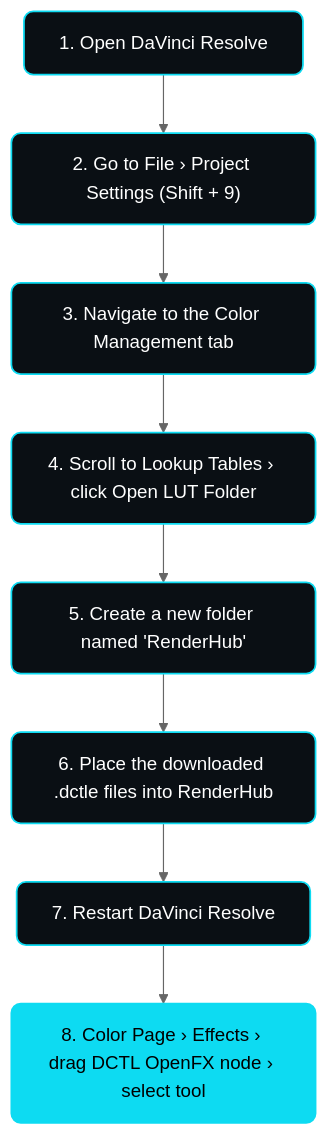
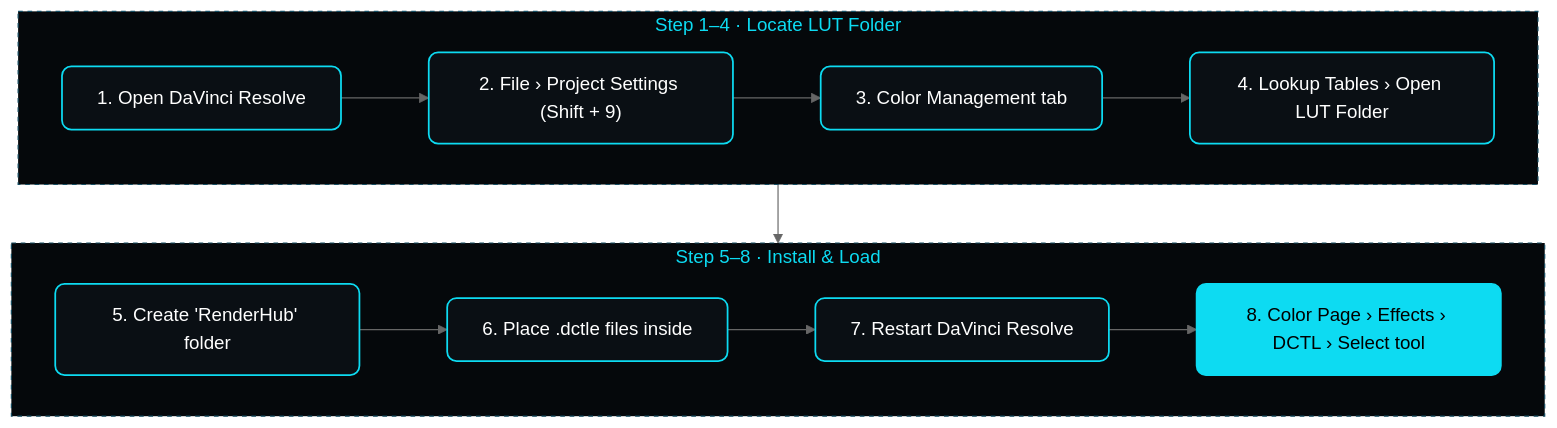
Before and after one commit to Senthil360/RenderHub-DCTLs: the diagram in README.md, drawn with Mermaid (neutral theme).

Commit message:
Fixed Mermaid flowcart in readme

````diff
--- a/README.md
+++ b/README.md
@@ -135,15 +135,21 @@
 ```mermaid
 flowchart TD
-    S1["1. Open DaVinci Resolve"] --> S2["2. Go to File › Project Settings (Shift + 9)"]
-    S2 --> S3["3. Navigate to the Color Management tab"]
-    S3 --> S4["4. Scroll to Lookup Tables › click Open LUT Folder"]
-    S4 --> S5["5. Create a new folder named 'RenderHub'"]
-    S5 --> S6["6. Place the downloaded .dctle files into RenderHub"]
-    S6 --> S7["7. Restart DaVinci Resolve"]
-    S7 --> S8["8. Color Page › Effects › drag DCTL OpenFX node › select tool"]
+    subgraph R1["Step 1–4 · Locate LUT Folder"]
+        direction LR
+        S1["1. Open DaVinci Resolve"] --> S2["2. File › Project Settings (Shift + 9)"] --> S3["3. Color Management tab"] --> S4["4. Lookup Tables › Open LUT Folder"]
+    end
+
+    subgraph R2["Step 5–8 · Install & Load"]
+        direction LR
+        S5["5. Create 'RenderHub' folder"] --> S6["6. Place .dctle files inside"] --> S7["7. Restart DaVinci Resolve"] --> S8["8. Color Page › Effects › DCTL › Select tool"]
+    end
+
+    R1 --> R2
 
     classDef stepBox fill:#0A0F14,stroke:#0DDBF2,stroke-width:1.5px,color:#FFFFFF,rx:8,ry:8;
     classDef finalBox fill:#0DDBF2,stroke:#0DDBF2,stroke-width:1.5px,color:#000000,rx:8,ry:8;
+    classDef groupBox fill:#05080B,stroke:#164E63,stroke-width:1px,stroke-dasharray:4 4,color:#0DDBF2;
     class S1,S2,S3,S4,S5,S6,S7 stepBox;
     class S8 finalBox;
+    class R1,R2 groupBox;
 ```
````
